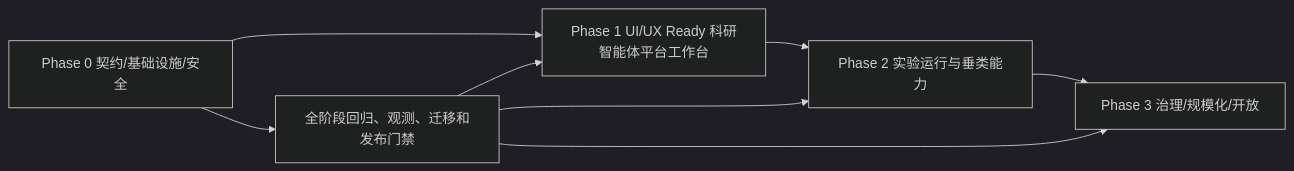
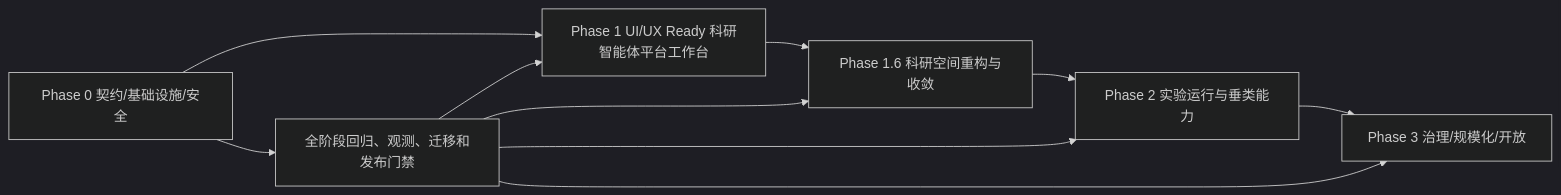
One commit to SynlysAI/plane changed the diagram in docs/product/research-intelligent-platform-prd.md. Above: the diagram before and after it, drawn with Mermaid (dark theme). The commit also changed other lines of this file and 3 other files, not shown here.

````diff
--- a/docs/product/research-intelligent-platform-prd.md
+++ b/docs/product/research-intelligent-platform-prd.md
@@ -775,10 +788,12 @@
 ```mermaid
 flowchart LR
     P0[Phase 0 契约/基础设施/安全] --> P1[Phase 1 UI/UX Ready 科研智能体平台工作台]
-    P1 --> P2[Phase 2 实验运行与垂类能力]
+    P1 --> P16[Phase 1.6 科研空间重构与收敛]
+    P16 --> P2[Phase 2 实验运行与垂类能力]
     P2 --> P3[Phase 3 治理/规模化/开放]
     P0 --> G[全阶段回归、观测、迁移和发布门禁]
     G --> P1
+    G --> P16
     G --> P2
     G --> P3
 ```
````
